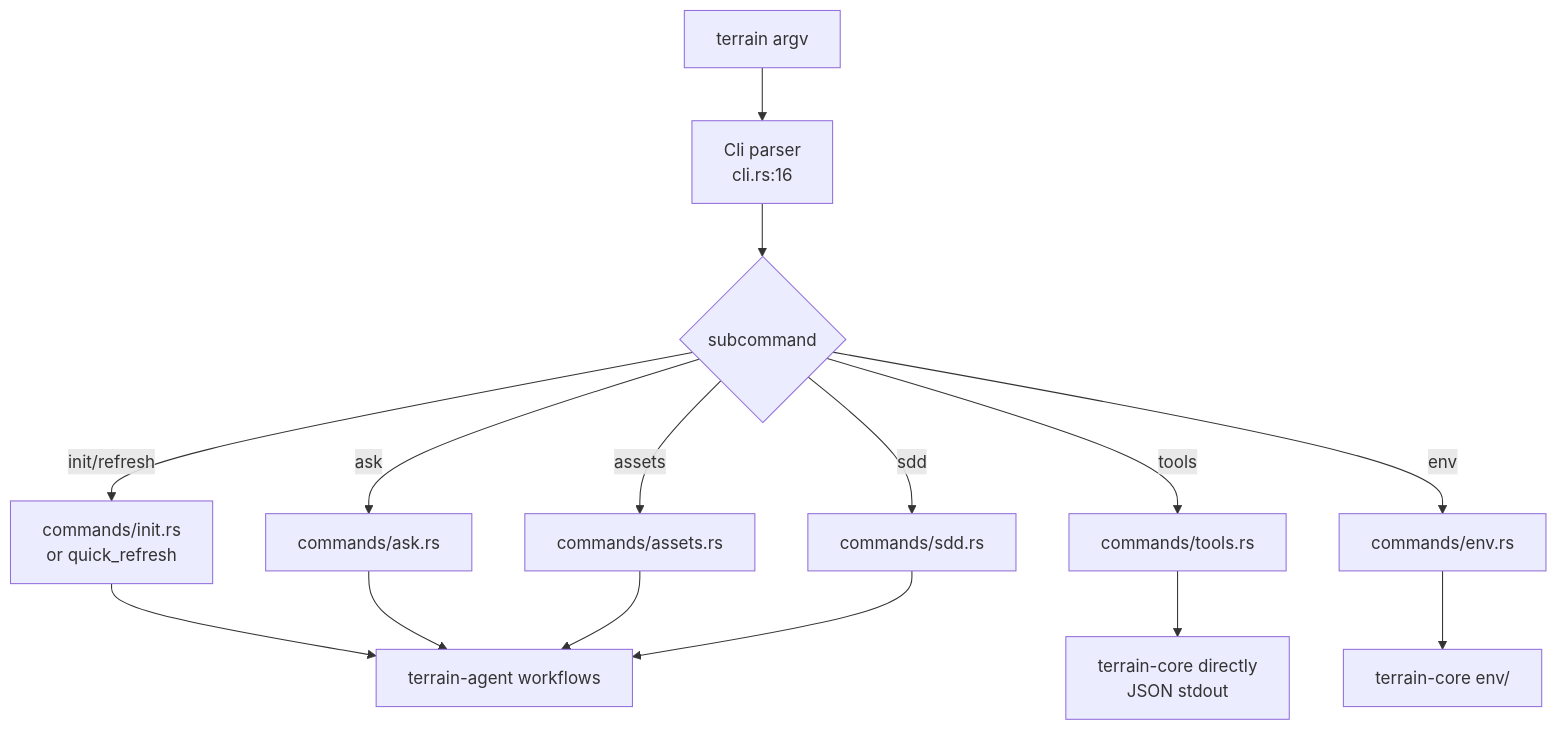
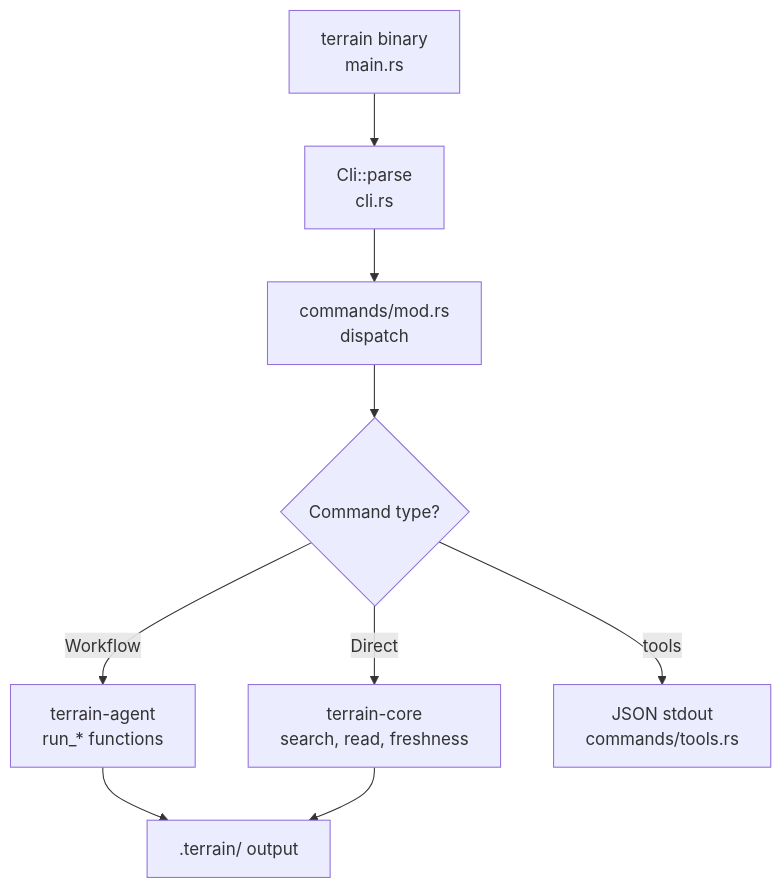
Before and after one commit to sopaco/terrain: the diagram in .terrain/human/4.Deep-Exploration/terrain-cli.md, drawn with Mermaid. The commit also changed other lines of this file and 12 other files, not shown here.

Commit message:
update terrain assets

````diff
--- a/.terrain/human/4.Deep-Exploration/terrain-cli.md
+++ b/.terrain/human/4.Deep-Exploration/terrain-cli.md
@@ -48,17 +46,11 @@
 ```mermaid
 flowchart TD
-    A["terrain argv"] --> B["Cli parser<br/>cli.rs:16"]
-    B --> C{"subcommand"}
-    C -->|init/refresh| D["commands/init.rs<br/>or quick_refresh"]
-    C -->|ask| E["commands/ask.rs"]
-    C -->|tools| F["commands/tools.rs"]
-    C -->|assets| G["commands/assets.rs"]
-    C -->|env| H["commands/env.rs"]
-    C -->|sdd| I["commands/sdd.rs"]
-    D --> J["terrain-agent workflows"]
-    E --> J
-    F --> K["terrain-core directly<br/>JSON stdout"]
-    G --> J
-    H --> L["terrain-core env/"]
-    I --> J
+    A["terrain binary<br/>main.rs"] --> B["Cli::parse<br/>cli.rs"]
+    B --> C["commands/mod.rs<br/>dispatch"]
+    C --> D{"Command type?"}
+    D -->|Workflow| E["terrain-agent<br/>run_* functions"]
+    D -->|Direct| F["terrain-core<br/>search, read, freshness"]
+  E --> G[".terrain/ output"]
+    F --> G
+    D -->|tools| H["JSON stdout<br/>commands/tools.rs"]
 ```
````
